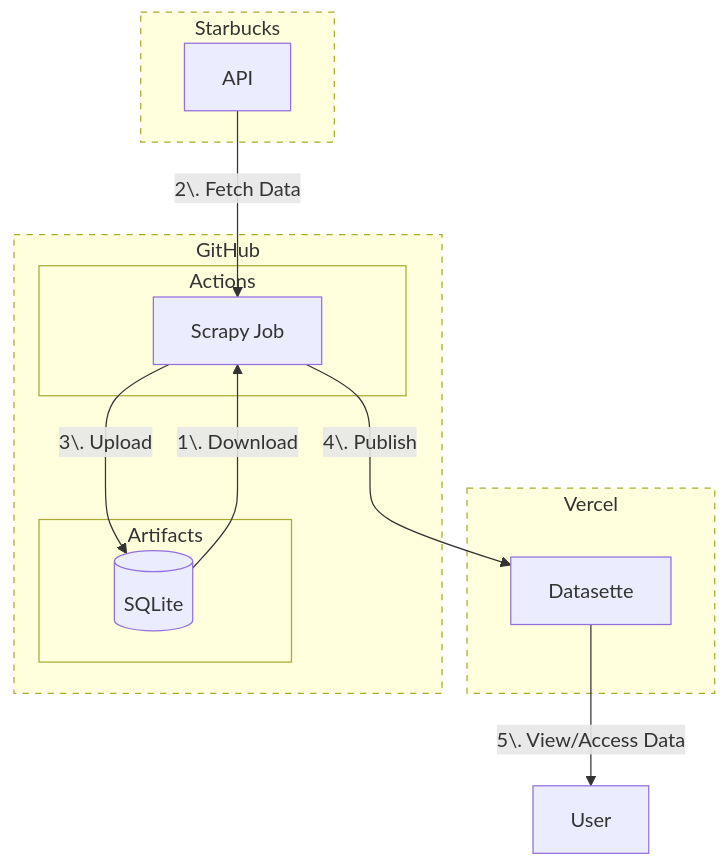
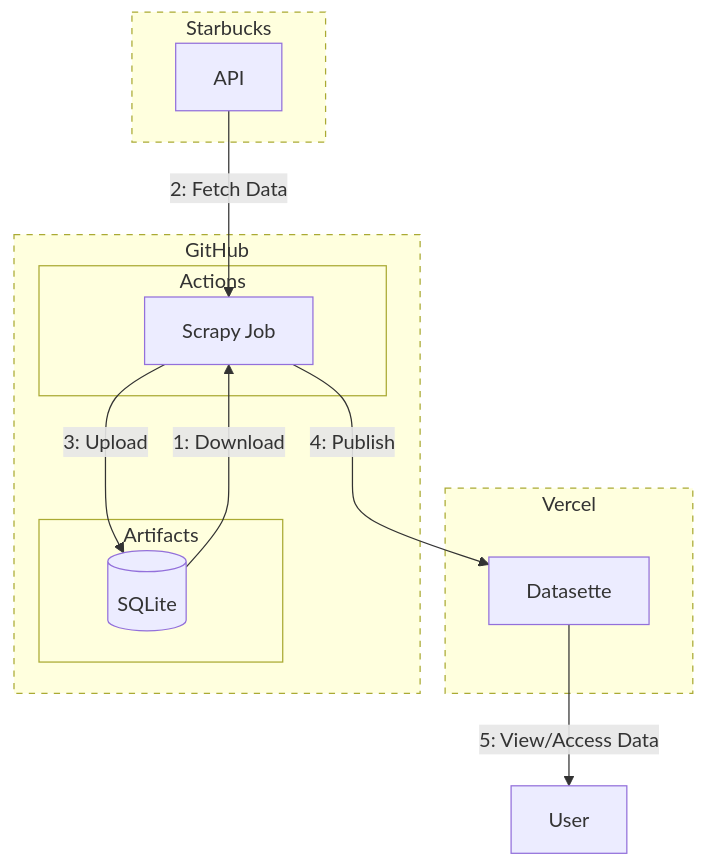
One commit to ngshiheng/starbucksdb changed the first of 2 diagrams in README.md. Above: the diagram before and after it, drawn with Mermaid.

Commit message:
docs: fix numbered list

````diff
--- a/README.md
+++ b/README.md
@@ -9,34 +9,34 @@
 ```mermaid
 graph TB
     subgraph Vercel
         deployment[Datasette]
         class deployment vercel;
     end
 
     subgraph GitHub
         subgraph Actions
             scraper[Scrapy Job]
             class scraper actions;
         end
         subgraph Artifacts
             db[(SQLite)]
             class db artifacts;
         end
     end
 
     subgraph Starbucks
         api[API]
         class api starbucks;
     end
 
-    db --> |1\. Download| scraper
-    api --> |2\. Fetch Data| scraper
-    scraper --> |3\. Upload| db
-    scraper --> |4\. Publish| deployment
-    deployment --> |5\. View/Access Data| client[User]
+    db --> |1: Download| scraper
+    api --> |2: Fetch Data| scraper
+    scraper --> |3: Upload| db
+    scraper --> |4: Publish| deployment
+    deployment --> |5: View/Access Data| client[User]
 
     %% Apply dotted line styles
     style Vercel stroke-dasharray: 5 5;
     style GitHub stroke-dasharray: 5 5;
     style Starbucks stroke-dasharray: 5 5;
 ```
````
